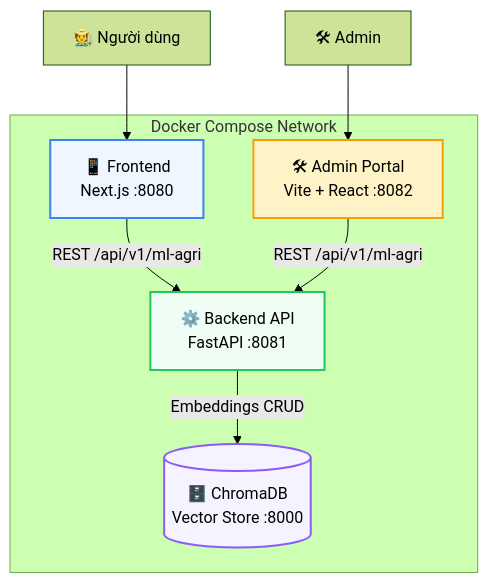
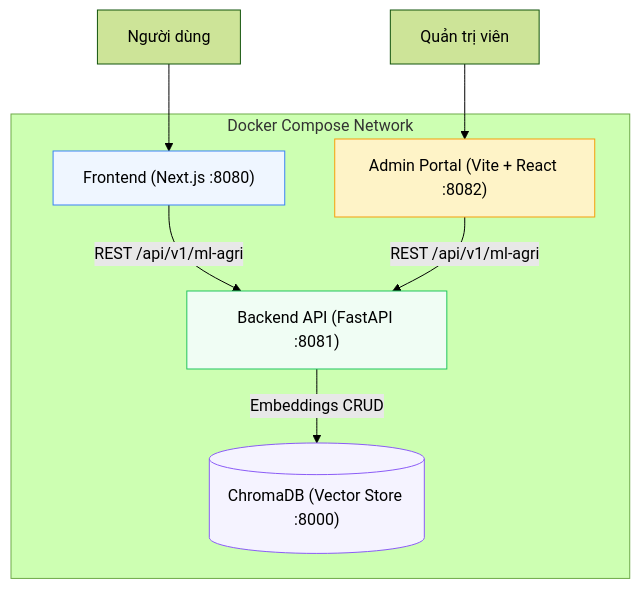
The diagram in docs/architecture.md (hoangdq08/ari-ai), drawn with Mermaid (forest theme) before and after one commit. The commit also changed 5 other files, not shown here.

````diff
--- a/docs/architecture.md
+++ b/docs/architecture.md
@@ -7,21 +7,21 @@
 ```mermaid
 graph TD
-    classDef frontend fill:#eff6ff,stroke:#3b82f6,stroke-width:2px
-    classDef backend fill:#f0fdf4,stroke:#22c55e,stroke-width:2px
-    classDef admin fill:#fef3c7,stroke:#f59e0b,stroke-width:2px
-    classDef db fill:#f5f3ff,stroke:#8b5cf6,stroke-width:2px
+    User["Người dùng"] --> Frontend
+    AdminUser["Quản trị viên"] --> AdminPortal
 
-    User["🧑‍🌾 Người dùng"] --> Frontend
-    Admin["🛠 Admin"] --> AdminPortal
-
-    subgraph Docker["Docker Compose Network"]
-        Frontend["📱 Frontend<br>Next.js :8080"]:::frontend
-        AdminPortal["🛠 Admin Portal<br>Vite + React :8082"]:::admin
-        Backend["⚙️ Backend API<br>FastAPI :8081"]:::backend
-        ChromaDB[("🗄️ ChromaDB<br>Vector Store :8000")]:::db
+    subgraph DockerNet["Docker Compose Network"]
+        Frontend["Frontend (Next.js :8080)"]
+        AdminPortal["Admin Portal (Vite + React :8082)"]
+        Backend["Backend API (FastAPI :8081)"]
+        ChromaDB[("ChromaDB (Vector Store :8000)")]
 
         Frontend -->|"REST /api/v1/ml-agri"| Backend
         AdminPortal -->|"REST /api/v1/ml-agri"| Backend
         Backend -->|"Embeddings CRUD"| ChromaDB
     end
+
+    style Frontend fill:#eff6ff,stroke:#3b82f6
+    style AdminPortal fill:#fef3c7,stroke:#f59e0b
+    style Backend fill:#f0fdf4,stroke:#22c55e
+    style ChromaDB fill:#f5f3ff,stroke:#8b5cf6
 ```
````
